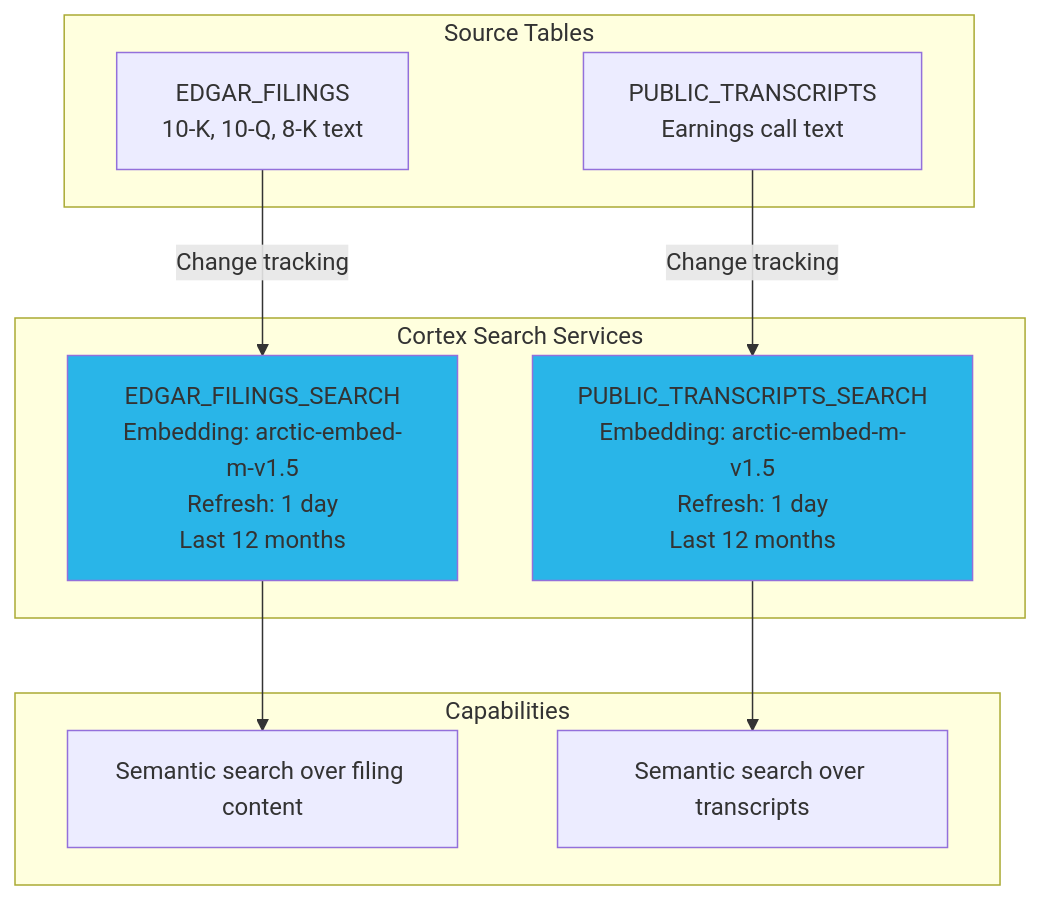
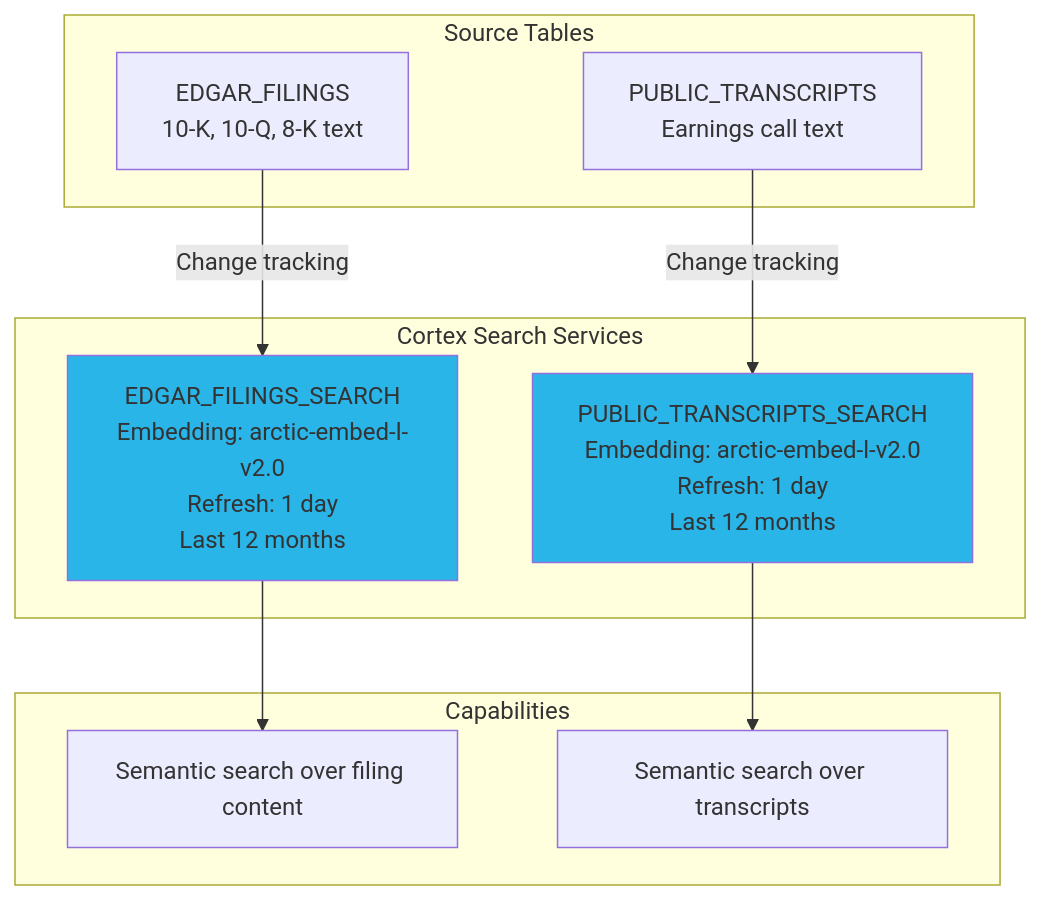
Before and after one commit to sfc-gh-cmoynihan/holly-labs: the diagram in step_5_cortex_search/step5_readme.md, drawn with Mermaid. The commit also changed other lines of this file, not shown here.

First line of the commit message:
Update readme: document arctic-embed-l-v2.0 model choice and benefits

````diff
--- a/step_5_cortex_search/step5_readme.md
+++ b/step_5_cortex_search/step5_readme.md
@@ -9,25 +9,25 @@
 ```mermaid
 graph TD
     subgraph "Source Tables"
         T1[EDGAR_FILINGS<br/>10-K, 10-Q, 8-K text]
         T2[PUBLIC_TRANSCRIPTS<br/>Earnings call text]
     end
 
     subgraph "Cortex Search Services"
-        CS1[EDGAR_FILINGS_SEARCH<br/>Embedding: arctic-embed-m-v1.5<br/>Refresh: 1 day<br/>Last 12 months]
-        CS2[PUBLIC_TRANSCRIPTS_SEARCH<br/>Embedding: arctic-embed-m-v1.5<br/>Refresh: 1 day<br/>Last 12 months]
+        CS1[EDGAR_FILINGS_SEARCH<br/>Embedding: arctic-embed-l-v2.0<br/>Refresh: 1 day<br/>Last 12 months]
+        CS2[PUBLIC_TRANSCRIPTS_SEARCH<br/>Embedding: arctic-embed-l-v2.0<br/>Refresh: 1 day<br/>Last 12 months]
     end
 
     subgraph "Capabilities"
         R1[Semantic search over filing content]
         R2[Semantic search over transcripts]
     end
 
     T1 -->|Change tracking| CS1
     T2 -->|Change tracking| CS2
     CS1 --> R1
     CS2 --> R2
 
     style CS1 fill:#29B5E8
     style CS2 fill:#29B5E8
 ```
````
